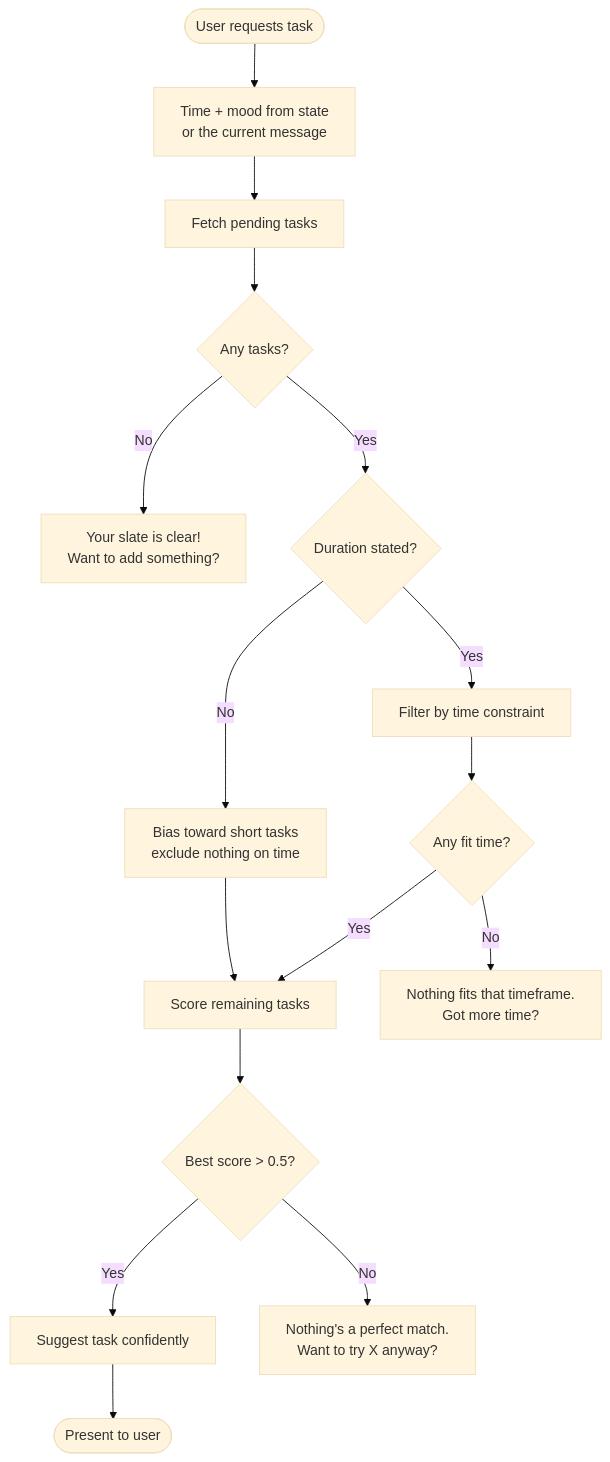
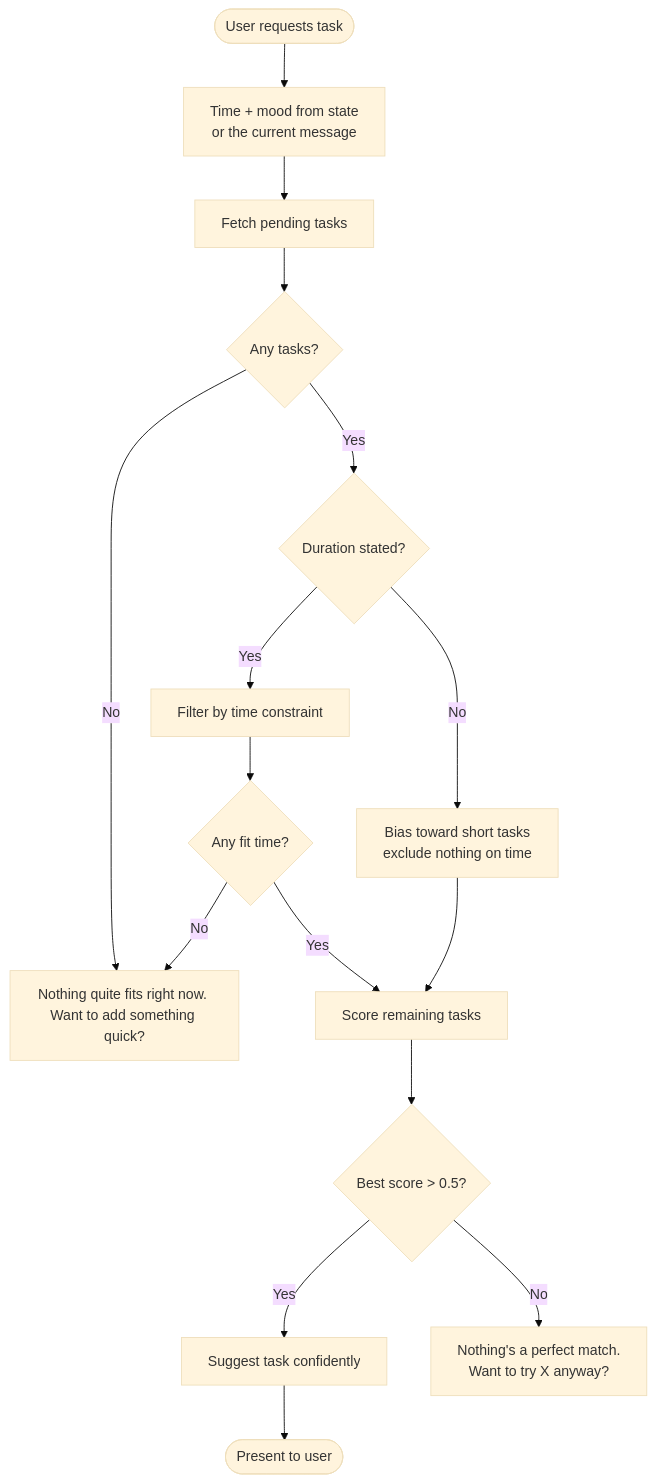
One commit to NickBorgersProbably/hide-my-list changed the sixth of 28 diagrams in docs/user-interactions.md. Above: the diagram before and after it, drawn with Mermaid (base theme). The commit also changed other lines of this file and 5 other files, not shown here.

````diff
--- a/docs/user-interactions.md
+++ b/docs/user-interactions.md
@@ -179,22 +176,22 @@
 ```mermaid
 flowchart TD
     Request([User requests task]) --> ParseContext[Time + mood from state<br/>or the current message]
     ParseContext --> FetchTasks[Fetch pending tasks]
     FetchTasks --> HasTasks{Any tasks?}
 
-    HasTasks -->|No| NoTasks["Your slate is clear!<br/>Want to add something?"]
+    HasTasks -->|No| NoMatch["Nothing quite fits right now. Want to add something quick?"]
     HasTasks -->|Yes| KnownTime{Duration stated?}
     KnownTime -->|Yes| FilterTime[Filter by time constraint]
     KnownTime -->|No| ShortBias[Bias toward short tasks<br/>exclude nothing on time]
     ShortBias --> ScoreTasks
 
     FilterTime --> HasMatches{Any fit time?}
-    HasMatches -->|No| NoFit["Nothing fits that timeframe.<br/>Got more time?"]
+    HasMatches -->|No| NoMatch
     HasMatches -->|Yes| ScoreTasks[Score remaining tasks]
 
     ScoreTasks --> BestScore{Best score > 0.5?}
     BestScore -->|Yes| Suggest[Suggest task confidently]
     BestScore -->|No| Unsure["Nothing's a perfect match.<br/>Want to try X anyway?"]
 
     Suggest --> Present([Present to user])
 ```
````
